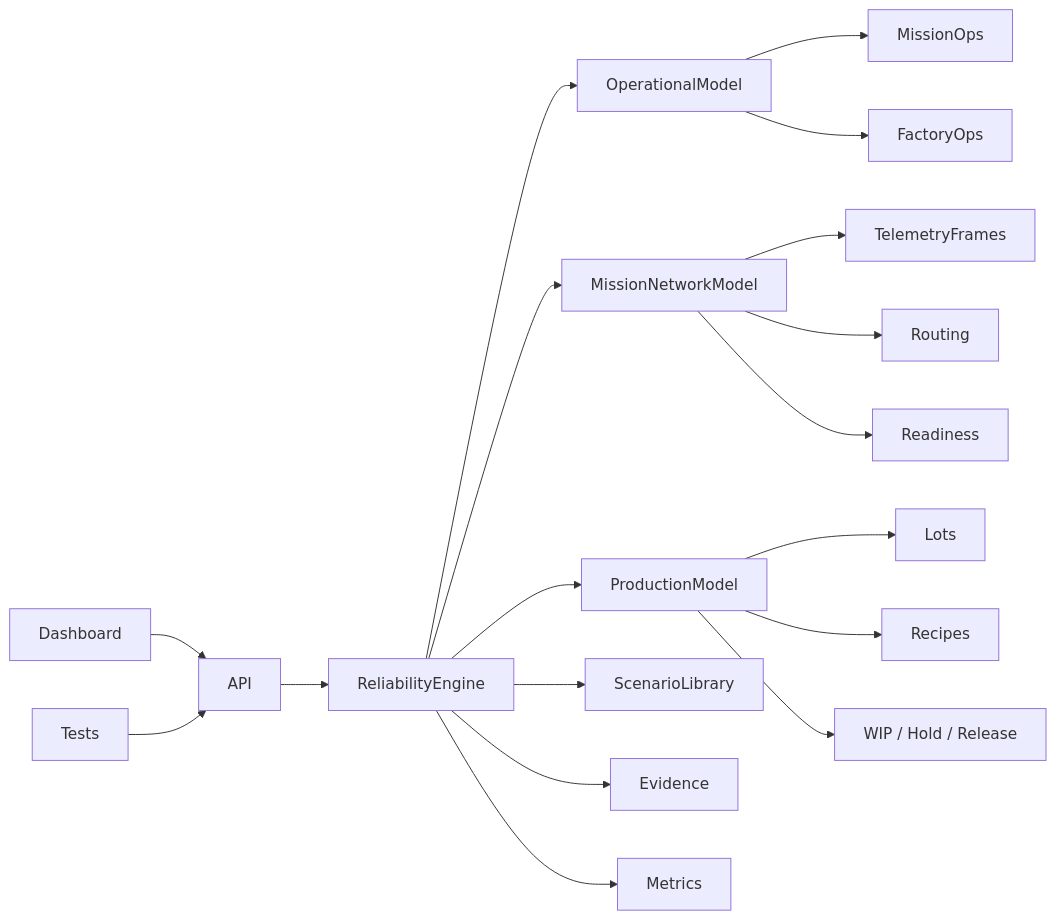
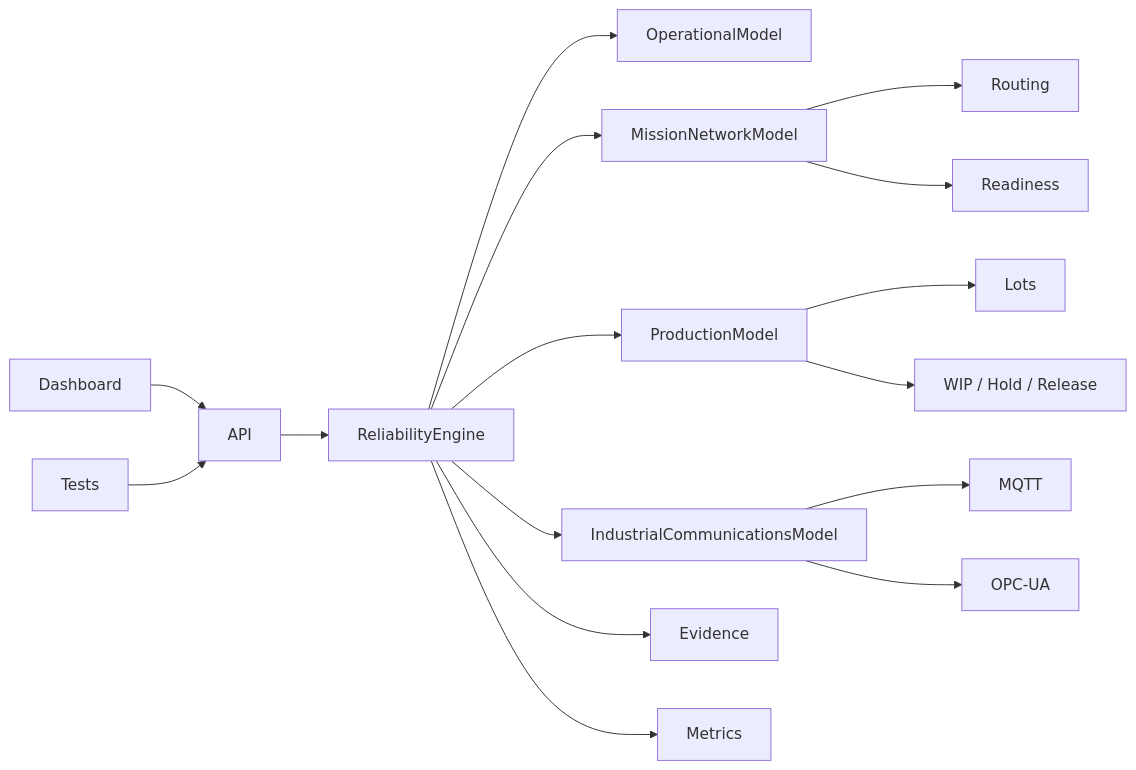
Before and after one commit to Lordkoii/Orbital-Reliability-Lab: the diagram in README.md, drawn with Mermaid. The commit also changed other lines of this file, not shown here.

````diff
--- a/README.md
+++ b/README.md
@@ -150,20 +177,18 @@
 ```mermaid
 flowchart LR
     Dashboard --> API
     Tests --> API
     API --> ReliabilityEngine
     ReliabilityEngine --> OperationalModel
     ReliabilityEngine --> MissionNetworkModel
     ReliabilityEngine --> ProductionModel
-    ReliabilityEngine --> ScenarioLibrary
-    OperationalModel --> MissionOps
-    OperationalModel --> FactoryOps
-    MissionNetworkModel --> TelemetryFrames
+    ReliabilityEngine --> IndustrialCommunicationsModel
     MissionNetworkModel --> Routing
     MissionNetworkModel --> Readiness
     ProductionModel --> Lots
-    ProductionModel --> Recipes
     ProductionModel --> MESState[WIP / Hold / Release]
+    IndustrialCommunicationsModel --> MQTT
+    IndustrialCommunicationsModel --> OPCUA[OPC-UA]
     ReliabilityEngine --> Evidence
     ReliabilityEngine --> Metrics
 ```
````
